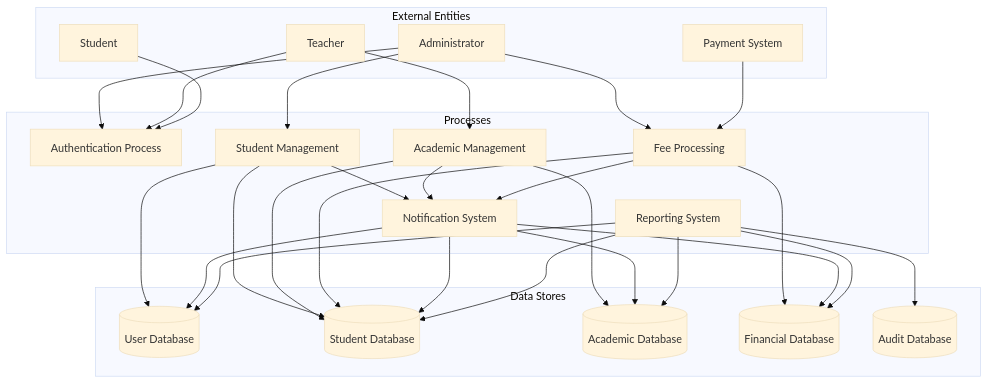
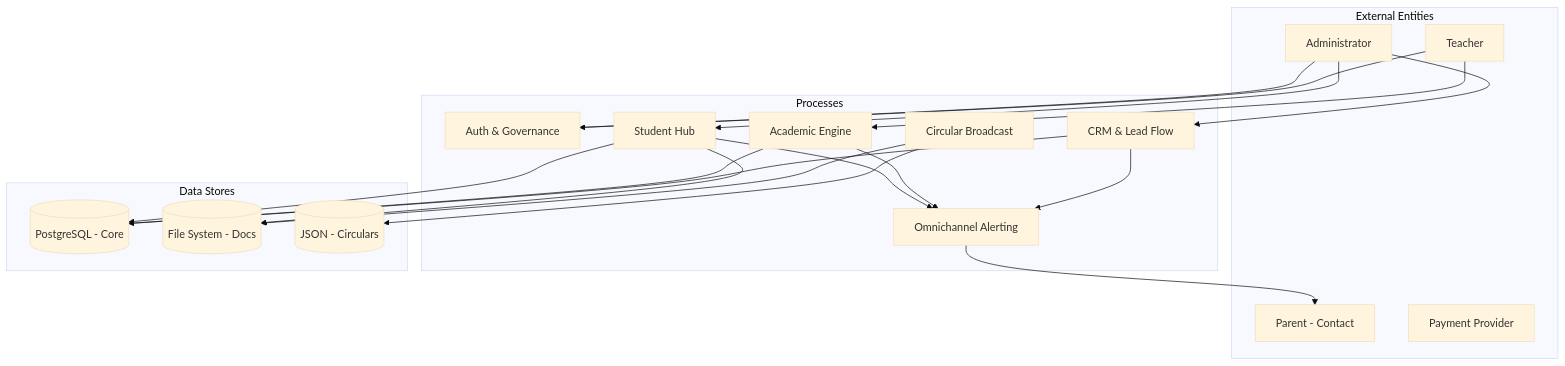
The fourth of 14 diagrams in docs/system_diagrams.md (HONGKINGNIRMOND/AI-Enabled-CRM-System-for-School), drawn with Mermaid (base theme) before and after one commit. The commit also changed other lines of this file and 3 other files, not shown here.

````diff
--- a/docs/system_diagrams.md
+++ b/docs/system_diagrams.md
@@ -291,60 +187,45 @@
 ```mermaid
 graph TD
     subgraph "External Entities"
         Admin[Administrator]
         Teacher[Teacher]
-        Student[Student]
-        PaymentSys[Payment System]
+        Parent[Parent - Contact]
+        PaymentSys[Payment Provider]
     end
     
     subgraph "Processes"
-        P1[Authentication Process]
-        P2[Student Management]
-        P3[Academic Management]
-        P4[Fee Processing]
-        P5[Notification System]
-        P6[Reporting System]
+        P1[Auth & Governance]
+        P2[Student Hub]
+        P3[Academic Engine]
+        P4[CRM & Lead Flow]
+        P5[Circular Broadcast]
+        P6[Omnichannel Alerting]
     end
     
     subgraph "Data Stores"
-        DS1[(User Database)]
-        DS2[(Student Database)]
-        DS3[(Academic Database)]
-        DS4[(Financial Database)]
-        DS5[(Audit Database)]
+        DS1[(PostgreSQL - Core)]
+        DS2[(File System - Docs)]
+        DS3[(JSON - Circulars)]
     end
     
     Admin --> P1
     Teacher --> P1
-    Student --> P1
-   
     
     Admin --> P2
+    P2 --> DS1
     P2 --> DS2
-    P2 --> DS1
     
     Teacher --> P3
-    P3 --> DS3
-    P3 --> DS2
+    P3 --> DS1
     
     Admin --> P4
-    PaymentSys --> P4
-    P4 --> DS4
-    P4 --> DS2
+    P4 --> DS1
     
-    P5 --> DS1
+    P5 --> DS3
     P5 --> DS2
-    P5 --> DS3
-    P5 --> DS4
     
-    P6 --> DS1
-    P6 --> DS2
-    P6 --> DS3
-    P6 --> DS4
-    P6 --> DS5
-    
-    P2 --> P5
-    P3 --> P5
-    P4 --> P5
-
+    P6 --> Parent
+    P2 --> P6
+    P3 --> P6
+    P4 --> P6
 ```
````
